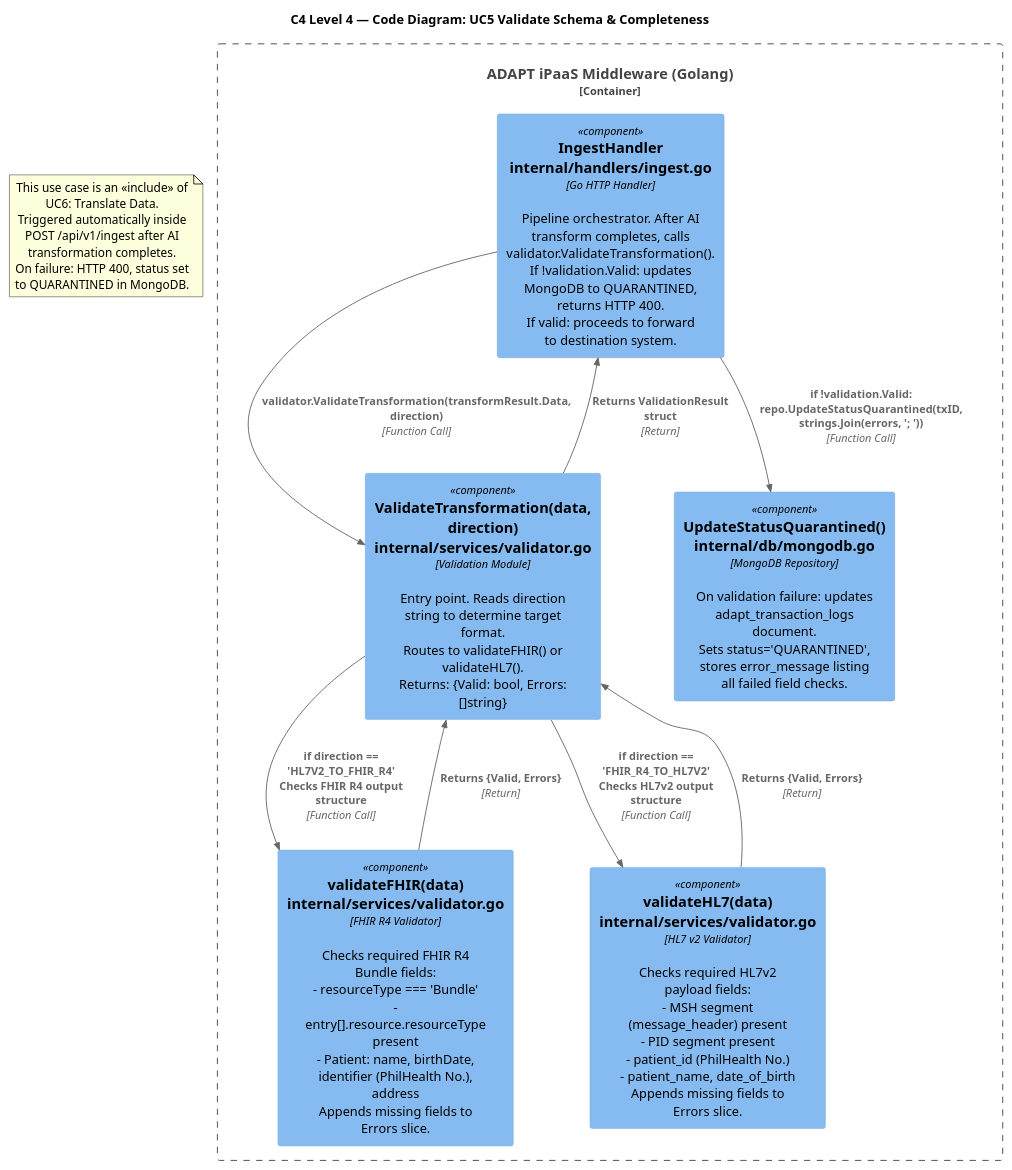
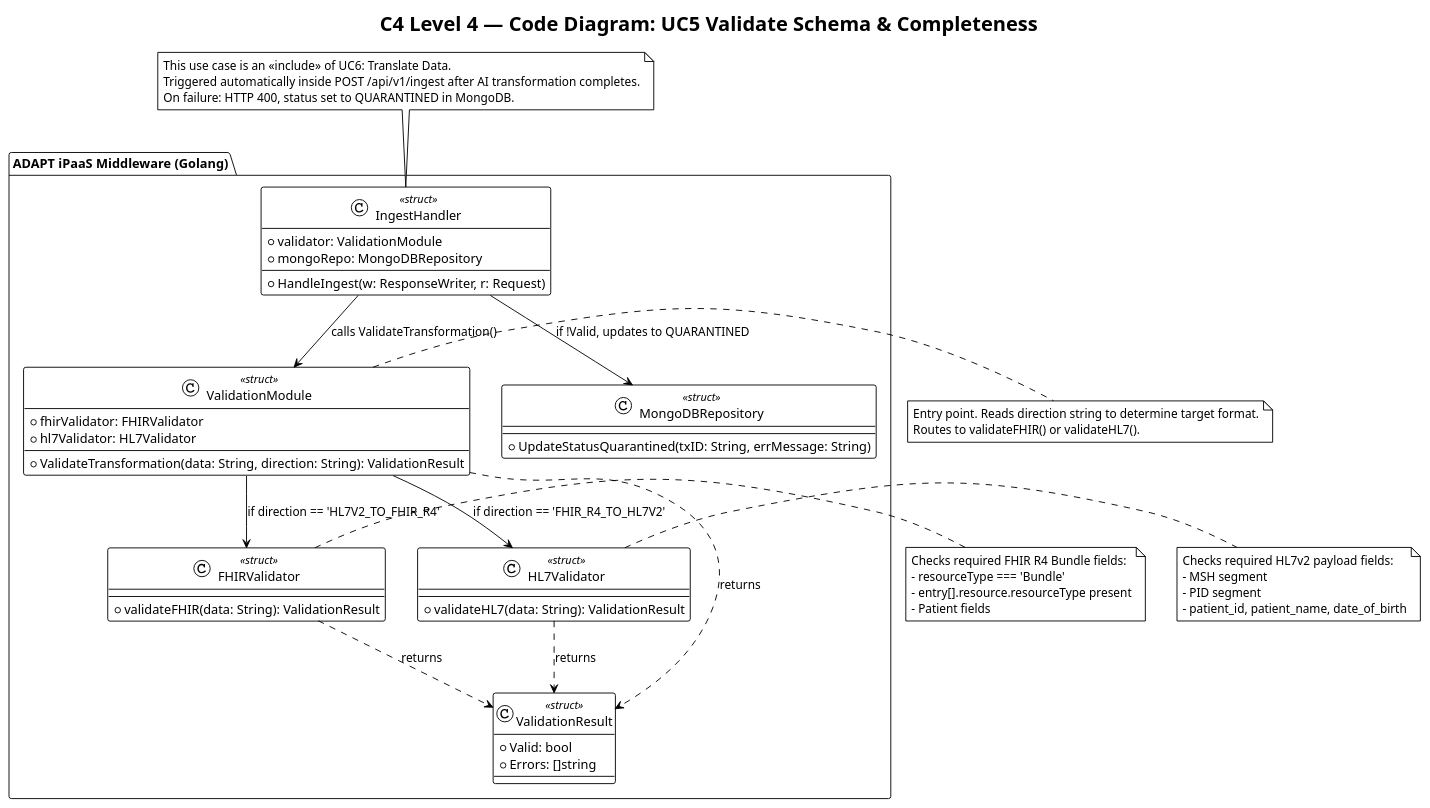
One commit to APC-SoCIT/APC-2026-2027-T1-IT241-Grp3-WAH4PCE-An-AI-Driven-Interoperability-Bridge-for-iHOMIS changed the diagram in docs/MSYADD1/code_diagram/uc5_validate_schema_completeness.puml. Above: the diagram before and after it, drawn with PlantUML. The commit also changed 6 other files, not shown here.

Commit message:
docs: update C4 level 4 code diagrams for health data requests, processing workflows, and privacy consent validation

```diff
--- a/docs/MSYADD1/code_diagram/uc5_validate_schema_completeness.puml
+++ b/docs/MSYADD1/code_diagram/uc5_validate_schema_completeness.puml
@@ -1,33 +1,70 @@
 @startuml UC5_Validate_Schema_Completeness
-!include https://raw.githubusercontent.com/plantuml-stdlib/C4-PlantUML/master/C4_Component.puml
-
+!theme plain
 title C4 Level 4 — Code Diagram: UC5 Validate Schema & Completeness
 
-note as N1
+
+package "ADAPT iPaaS Middleware (Golang)" {
+    class IngestHandler <<struct>> {
+        + validator: ValidationModule
+        + mongoRepo: MongoDBRepository
+        + HandleIngest(w: ResponseWriter, r: Request)
+    }
+
+    class ValidationModule <<struct>> {
+        + fhirValidator: FHIRValidator
+        + hl7Validator: HL7Validator
+        + ValidateTransformation(data: String, direction: String): ValidationResult
+    }
+
+    class FHIRValidator <<struct>> {
+        + validateFHIR(data: String): ValidationResult
+    }
+
+    class HL7Validator <<struct>> {
+        + validateHL7(data: String): ValidationResult
+    }
+
+    class ValidationResult <<struct>> {
+        + Valid: bool
+        + Errors: []string
+    }
+
+    class MongoDBRepository <<struct>> {
+        + UpdateStatusQuarantined(txID: String, errMessage: String)
+    }
+}
+
+IngestHandler --> ValidationModule : calls ValidateTransformation()
+ValidationModule --> FHIRValidator : if direction == 'HL7V2_TO_FHIR_R4'
+ValidationModule --> HL7Validator : if direction == 'FHIR_R4_TO_HL7V2'
+FHIRValidator ..> ValidationResult : returns
+HL7Validator ..> ValidationResult : returns
+ValidationModule ..> ValidationResult : returns
+IngestHandler --> MongoDBRepository : if !Valid, updates to QUARANTINED
+
+note right of ValidationModule
+  Entry point. Reads direction string to determine target format.
+  Routes to validateFHIR() or validateHL7().
+end note
+
+note right of FHIRValidator
+  Checks required FHIR R4 Bundle fields:
+  - resourceType === 'Bundle'
+  - entry[].resource.resourceType present
+  - Patient fields
+end note
+
+note right of HL7Validator
+  Checks required HL7v2 payload fields:
+  - MSH segment
+  - PID segment
+  - patient_id, patient_name, date_of_birth
+end note
+
+note top of IngestHandler
   This use case is an <<include>> of UC6: Translate Data.
   Triggered automatically inside POST /api/v1/ingest after AI transformation completes.
   On failure: HTTP 400, status set to QUARANTINED in MongoDB.
 end note
 
-Container_Boundary(adapt, "ADAPT iPaaS Middleware (Golang)") {
-
-    Component(adapt_ingest_handler, "IngestHandler\ninternal/handlers/ingest.go", "Go HTTP Handler", "Pipeline orchestrator. After AI transform completes, calls validator.ValidateTransformation().\nIf !validation.Valid: updates MongoDB to QUARANTINED, returns HTTP 400.\nIf valid: proceeds to forward to destination system.")
-
-    Component(validator, "ValidateTransformation(data, direction)\ninternal/services/validator.go", "Validation Module", "Entry point. Reads direction string to determine target format.\nRoutes to validateFHIR() or validateHL7().\nReturns: {Valid: bool, Errors: []string}")
-
-    Component(fhir_check, "validateFHIR(data)\ninternal/services/validator.go", "FHIR R4 Validator", "Checks required FHIR R4 Bundle fields:\n- resourceType === 'Bundle'\n- entry[].resource.resourceType present\n- Patient: name, birthDate, identifier (PhilHealth No.), address\nAppends missing fields to Errors slice.")
-
-    Component(hl7_check, "validateHL7(data)\ninternal/services/validator.go", "HL7 v2 Validator", "Checks required HL7v2 payload fields:\n- MSH segment (message_header) present\n- PID segment present\n- patient_id (PhilHealth No.)\n- patient_name, date_of_birth\nAppends missing fields to Errors slice.")
-
-    Component(mongo_quarantine, "UpdateStatusQuarantined()\ninternal/db/mongodb.go", "MongoDB Repository", "On validation failure: updates adapt_transaction_logs document.\nSets status='QUARANTINED', stores error_message listing all failed field checks.")
-}
-
-Rel(adapt_ingest_handler, validator, "validator.ValidateTransformation(transformResult.Data, direction)", "Function Call")
-Rel(validator, fhir_check, "if direction == 'HL7V2_TO_FHIR_R4'\nChecks FHIR R4 output structure", "Function Call")
-Rel(validator, hl7_check, "if direction == 'FHIR_R4_TO_HL7V2'\nChecks HL7v2 output structure", "Function Call")
-Rel(fhir_check, validator, "Returns {Valid, Errors}", "Return")
-Rel(hl7_check, validator, "Returns {Valid, Errors}", "Return")
-Rel(validator, adapt_ingest_handler, "Returns ValidationResult struct", "Return")
-Rel(adapt_ingest_handler, mongo_quarantine, "if !validation.Valid:\nrepo.UpdateStatusQuarantined(txID, strings.Join(errors, '; '))", "Function Call")
-
 @enduml
```
